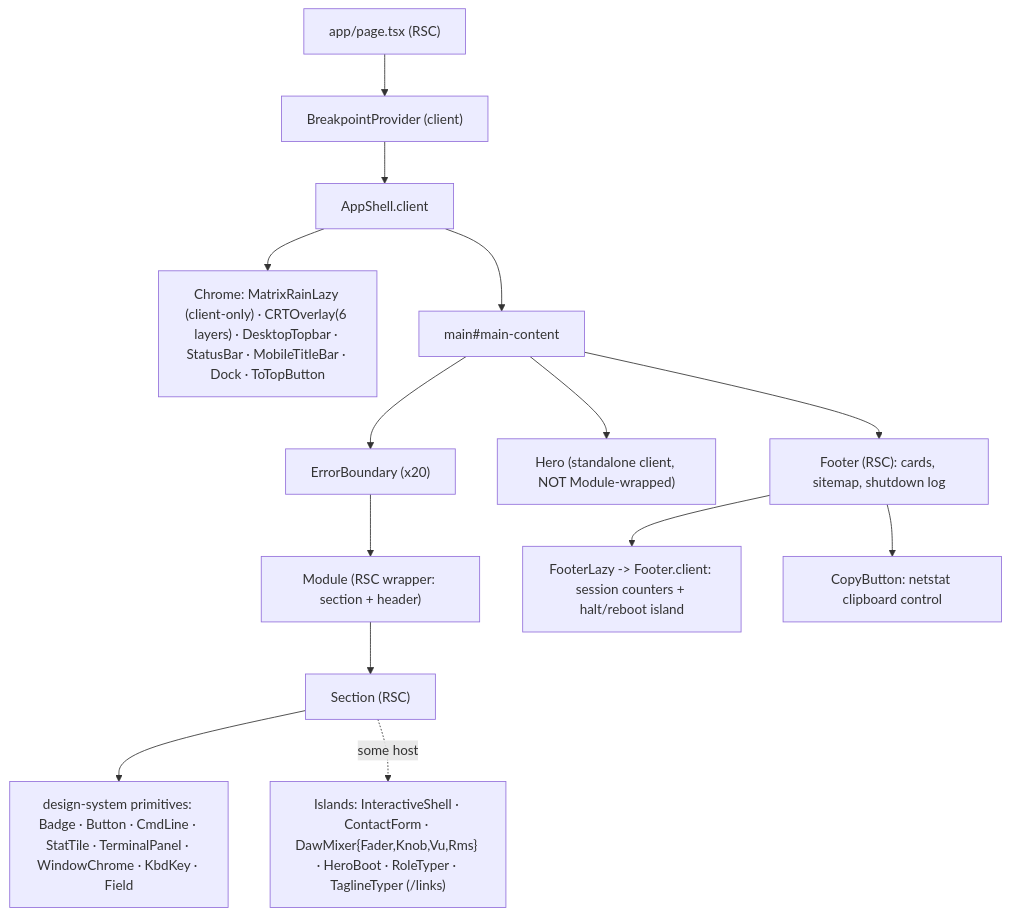
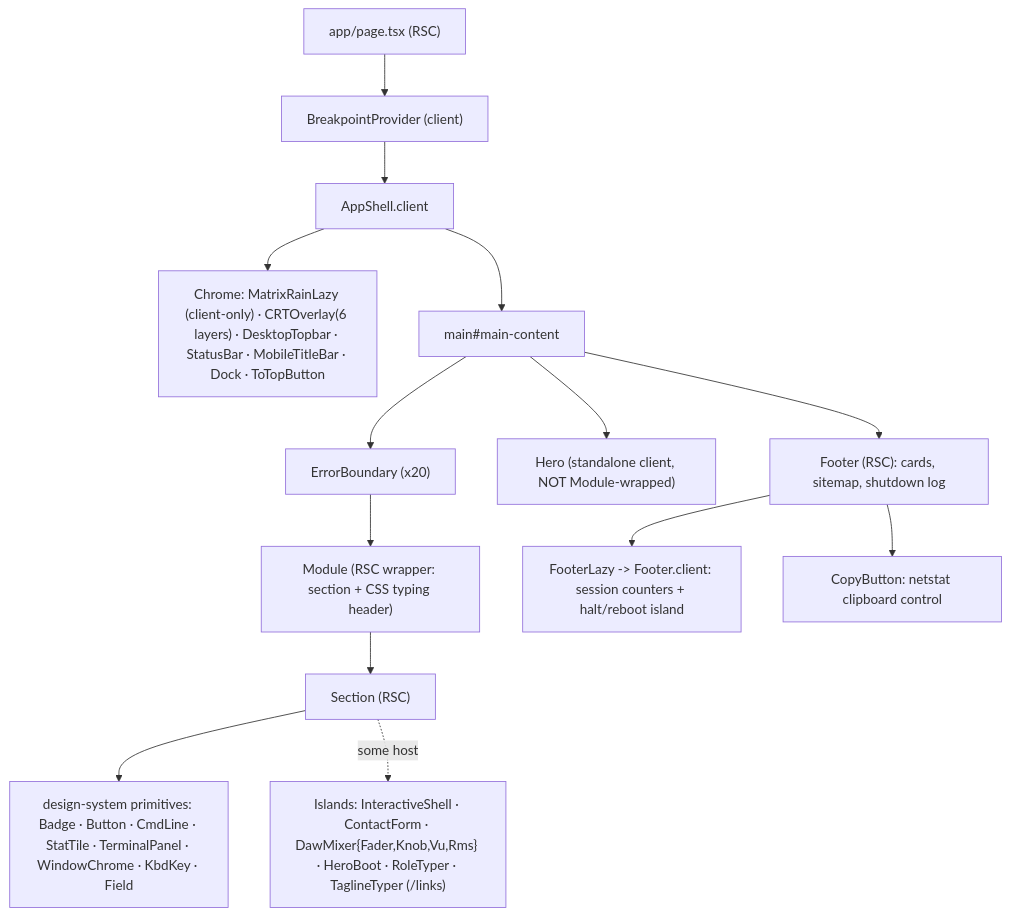
The first of 2 diagrams in docs/04-components-and-state.md (erikunha/portfolio), drawn with Mermaid before and after one commit. The commit also changed other lines of this file and 8 other files, not shown here.

````diff
--- a/docs/04-components-and-state.md
+++ b/docs/04-components-and-state.md
@@ -22,16 +24,16 @@
 ```mermaid
 flowchart TD
     page["app/page.tsx (RSC)"] --> bp["BreakpointProvider (client)"]
     bp --> shell["AppShell.client"]
     shell --> chrome["Chrome: MatrixRainLazy (client-only) · CRTOverlay(6 layers) · DesktopTopbar · StatusBar · MobileTitleBar · Dock · ToTopButton"]
     shell --> main["main#main-content"]
     main --> eb["ErrorBoundary (x20)"]
-    eb --> mod["Module (RSC wrapper: section + header)"]
+    eb --> mod["Module (RSC wrapper: section + CSS typing header)"]
     mod --> sec["Section (RSC)"]
     sec --> dsp["design-system primitives: Badge · Button · CmdLine · StatTile · TerminalPanel · WindowChrome · KbdKey · Field"]
     sec -. some host .-> isl["Islands: InteractiveShell · ContactForm · DawMixer{Fader,Knob,Vu,Rms} · HeroBoot · RoleTyper · TaglineTyper (/links)"]
     main --> hero["Hero (standalone client, NOT Module-wrapped)"]
     main --> fl["Footer (RSC): cards, sitemap, shutdown log"]
     fl --> fi["FooterLazy -> Footer.client: session counters + halt/reboot island"]
     fl --> fc["CopyButton: netstat clipboard control"]
 ```
````
